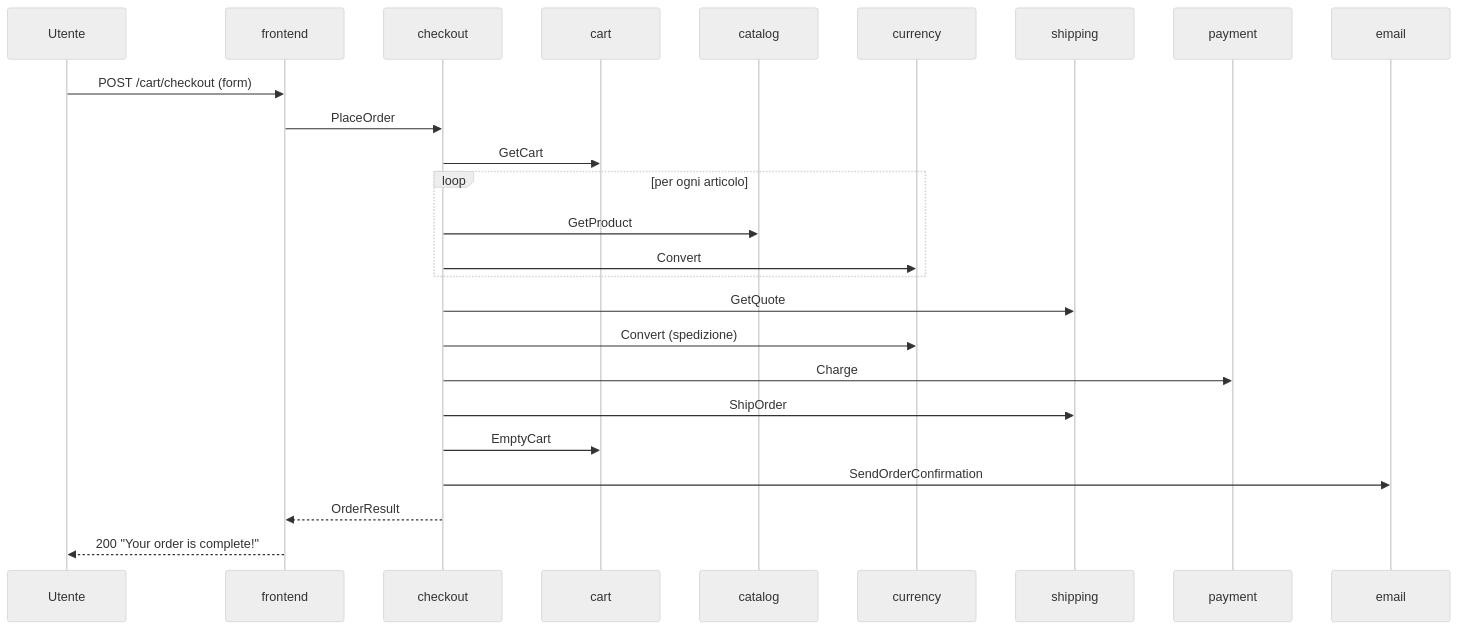
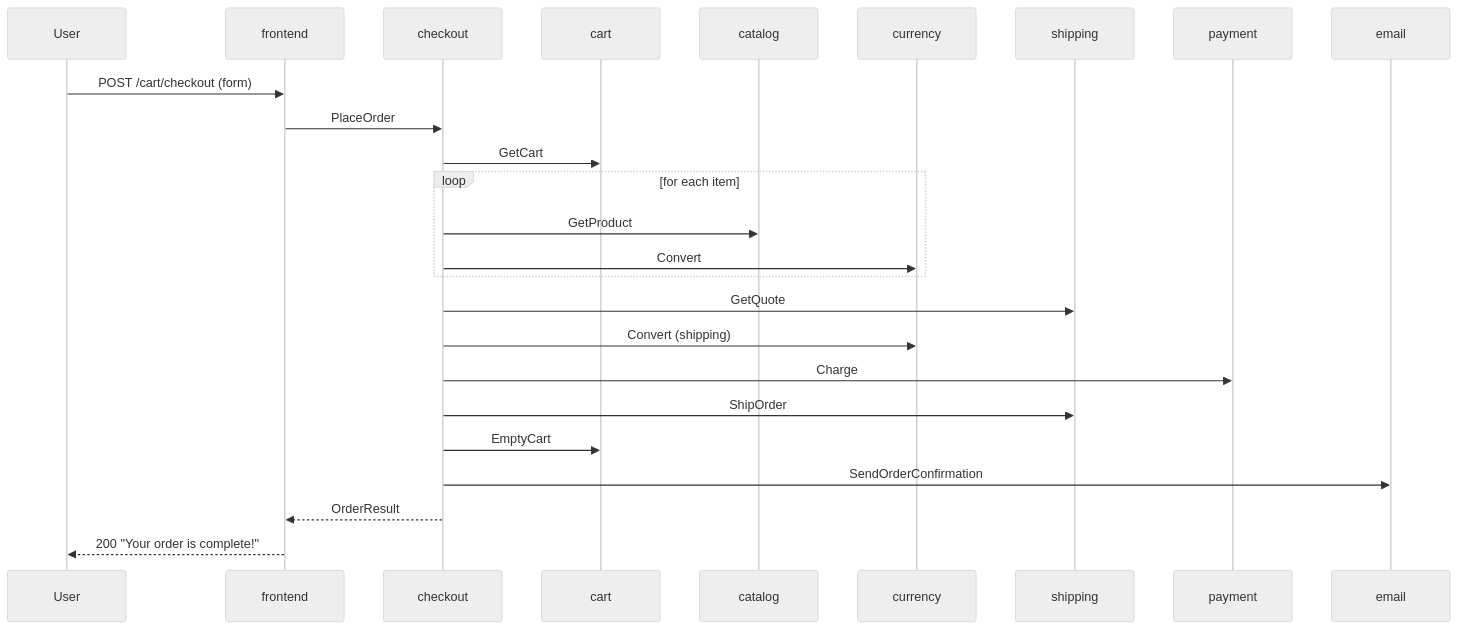
The second of 3 diagrams in docs/challenge/architecture.md (gdescalzo2/microservices-demo), drawn with Mermaid (neutral theme) before and after one commit. The commit also changed other lines of this file and 6 other files, not shown here.

````diff
--- a/docs/challenge/architecture.md
+++ b/docs/challenge/architecture.md
@@ -72,27 +75,27 @@
 ```mermaid
 sequenceDiagram
-  participant U as Utente
+  participant U as User
   participant F as frontend
   participant C as checkout
   participant K as cart
   participant P as catalog
   participant X as currency
   participant S as shipping
   participant Y as payment
   participant E as email
   U->>F: POST /cart/checkout (form)
   F->>C: PlaceOrder
   C->>K: GetCart
-  loop per ogni articolo
+  loop for each item
     C->>P: GetProduct
     C->>X: Convert
   end
   C->>S: GetQuote
-  C->>X: Convert (spedizione)
+  C->>X: Convert (shipping)
   C->>Y: Charge
   C->>S: ShipOrder
   C->>K: EmptyCart
   C->>E: SendOrderConfirmation
   C-->>F: OrderResult
   F-->>U: 200 "Your order is complete!"
 ```
````
